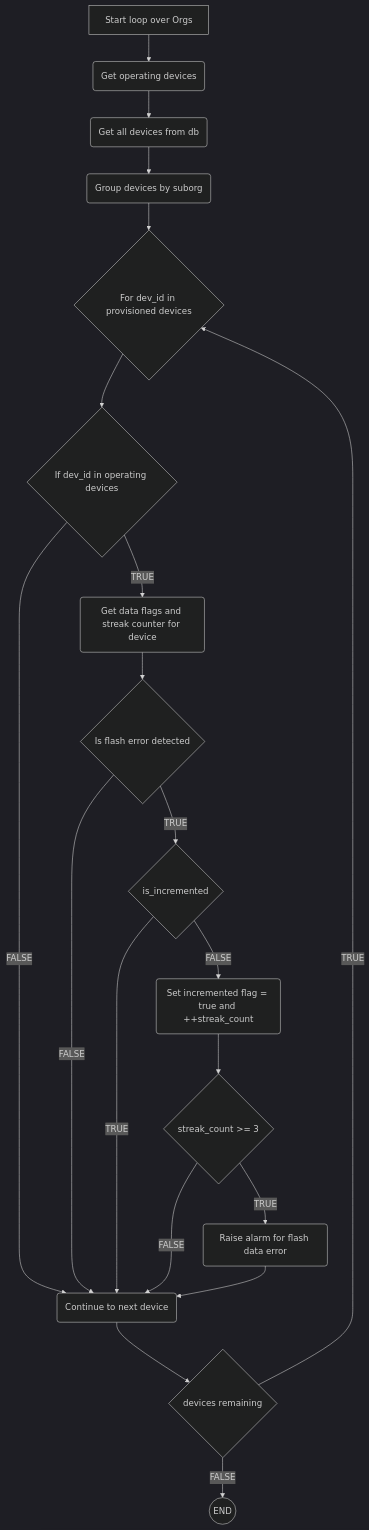
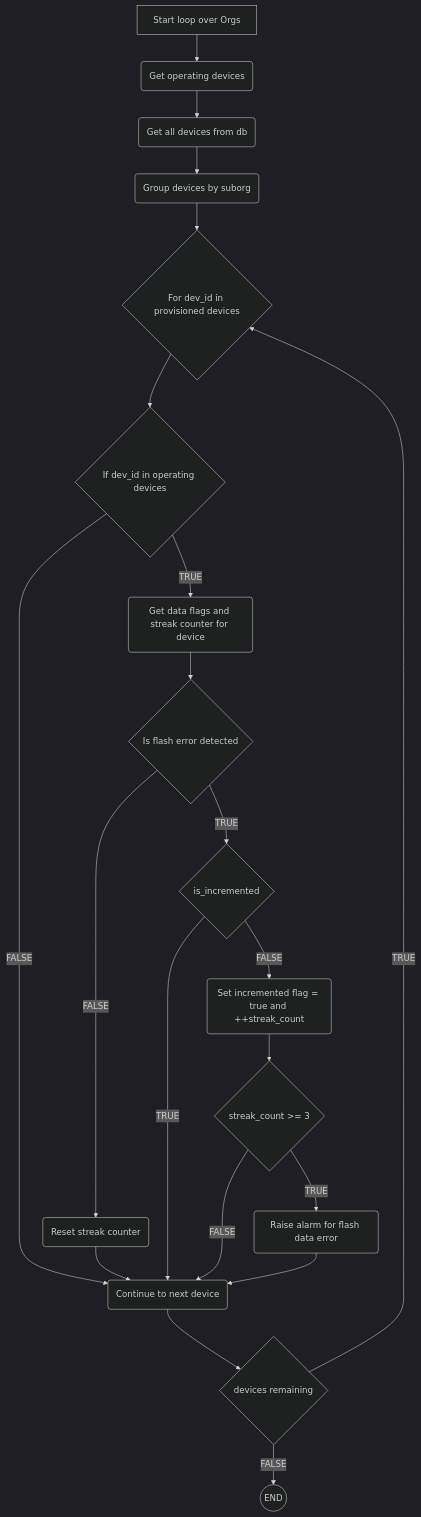
The diagram in flash_data_error.md (Mooney23/slc_diagrams), drawn with Mermaid (dark theme) before and after one commit.

Commit message:
Added reset conter block

````diff
--- a/flash_data_error.md
+++ b/flash_data_error.md
@@ -5,23 +5,24 @@
 ```mermaid
 flowchart TD
     A[Start loop over Orgs] --> B(Get operating devices)
     B --> C(Get all devices from db)
     C --> D(Group devices by suborg)
     D --> E{For dev_id in provisioned devices}
     E --> F{If dev_id in operating devices}
     F --> |FALSE| X
     X(Continue to next device) --> Z
     Z{devices remaining} --> |TRUE| E
     F --> |TRUE| G(Get data flags and streak counter for device)
     G --> H{Is flash error detected}
-    H --> |FALSE| X
+    H --> |FALSE| W(Reset streak counter)
+    W --> X
     H --> |TRUE| I{is_incremented}
     I --> |TRUE| X
     I --> |FALSE| J(Set incremented flag = true and ++streak_count)
     J --> K{streak_count >= 3}
     K --> |FALSE| X
     K --> |TRUE| L(Raise alarm for flash data error)
     L --> X
     Z --> |FALSE| Y((END))
     
 ```
````
